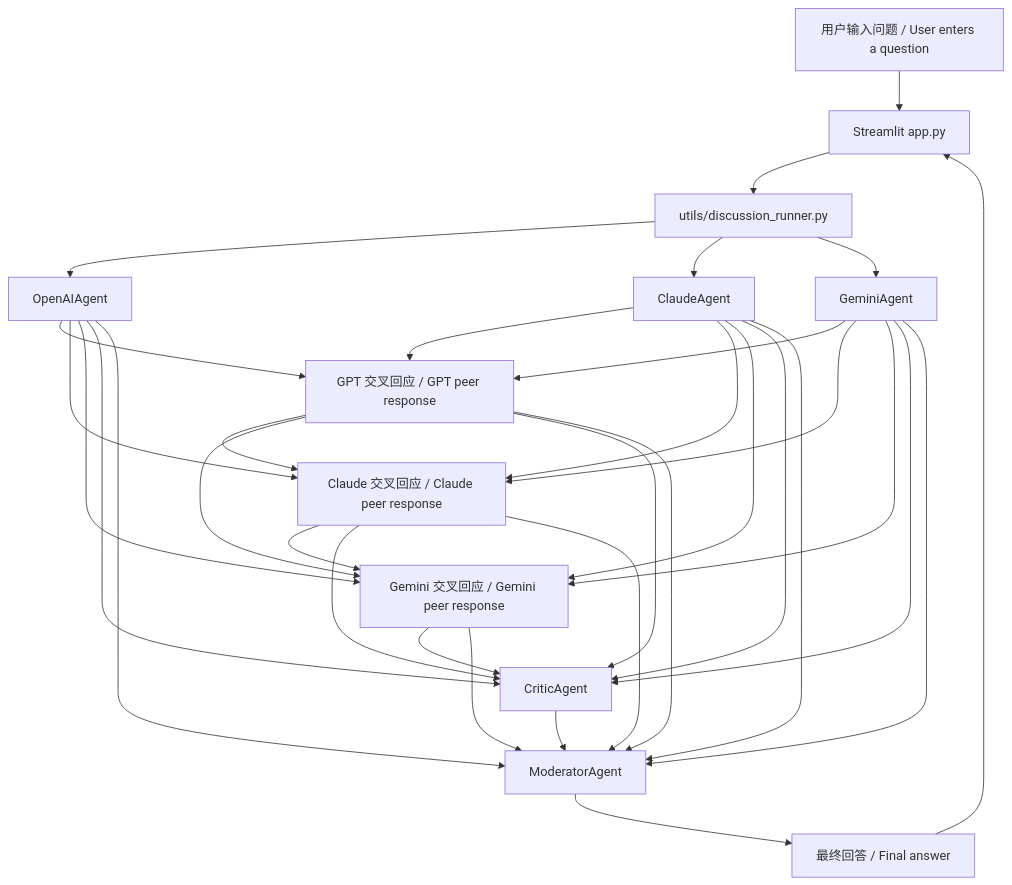
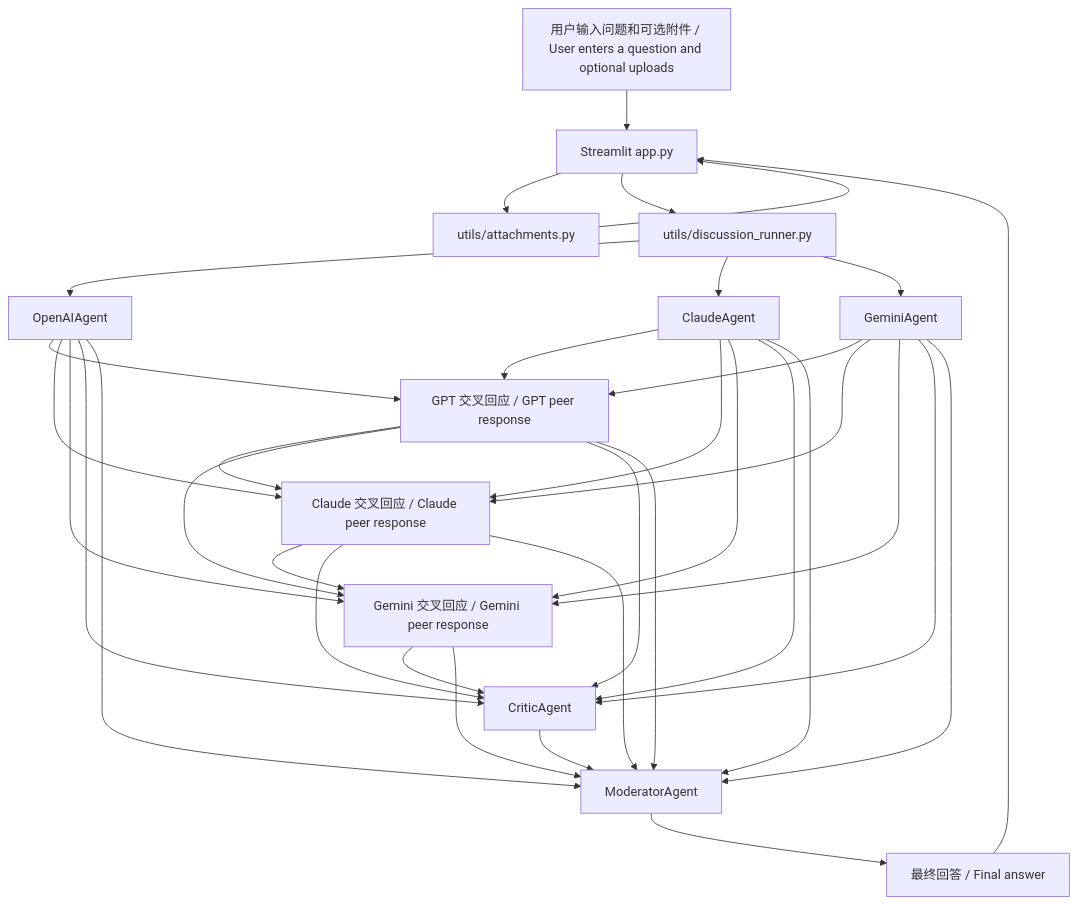
The diagram in docs/ARCHITECTURE.md (ZihanWG/multi-ai-room), drawn with Mermaid before and after one commit. The commit also changed other lines of this file and 19 other files, not shown here.

````diff
--- a/docs/ARCHITECTURE.md
+++ b/docs/ARCHITECTURE.md
@@ -18,35 +18,37 @@
 ```mermaid
 flowchart TD
-    User["用户输入问题 / User enters a question"] --> UI["Streamlit app.py"]
+    User["用户输入问题和可选附件 / User enters a question and optional uploads"] --> UI["Streamlit app.py"]
+    UI --> Attachments["utils/attachments.py"]
+    Attachments --> UI
     UI --> Runner["utils/discussion_runner.py"]
     Runner --> GPT["OpenAIAgent"]
     Runner --> Claude["ClaudeAgent"]
     Runner --> Gemini["GeminiAgent"]
     GPT --> GPTRound["GPT 交叉回应 / GPT peer response"]
     Claude --> GPTRound
     Gemini --> GPTRound
     GPT --> ClaudeRound["Claude 交叉回应 / Claude peer response"]
     Claude --> ClaudeRound
     Gemini --> ClaudeRound
     GPTRound --> ClaudeRound
     GPT --> GeminiRound["Gemini 交叉回应 / Gemini peer response"]
     Claude --> GeminiRound
     Gemini --> GeminiRound
     GPTRound --> GeminiRound
     ClaudeRound --> GeminiRound
     GPT --> Critic["CriticAgent"]
     Claude --> Critic
     Gemini --> Critic
     GPTRound --> Critic
     ClaudeRound --> Critic
     GeminiRound --> Critic
     GPT --> Moderator["ModeratorAgent"]
     Claude --> Moderator
     Gemini --> Moderator
     GPTRound --> Moderator
     ClaudeRound --> Moderator
     GeminiRound --> Moderator
     Critic --> Moderator
     Moderator --> Result["最终回答 / Final answer"]
     Result --> UI
 ```
````
